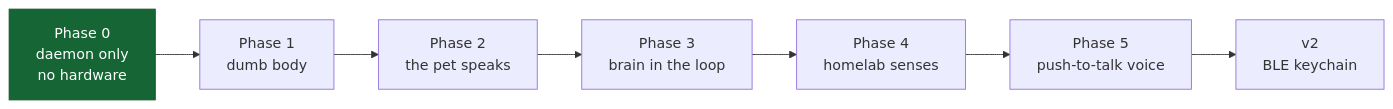
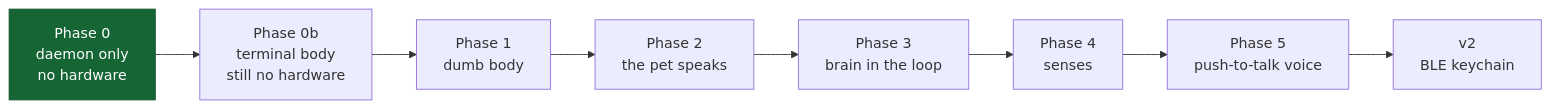
One commit to jcarranz97/open-body-protocol changed the diagram in docs/roadmap.md. Above: the diagram before and after it, drawn with Mermaid. The commit also changed other lines of this file and 17 other files, not shown here.

````diff
--- a/docs/roadmap.md
+++ b/docs/roadmap.md
@@ -10,17 +10,18 @@
 ```mermaid
 flowchart LR
     P0["Phase 0<br/>daemon only<br/>no hardware"]
+    P0B["Phase 0b<br/>terminal body<br/>still no hardware"]
     P1["Phase 1<br/>dumb body"]
     P2["Phase 2<br/>the pet speaks"]
     P3["Phase 3<br/>brain in the loop"]
-    P4["Phase 4<br/>homelab senses"]
+    P4["Phase 4<br/>senses"]
     P5["Phase 5<br/>push-to-talk voice"]
     V2["v2<br/>BLE keychain"]
 
-    P0 --> P1 --> P2 --> P3 --> P4 --> P5 --> V2
+    P0 --> P0B --> P1 --> P2 --> P3 --> P4 --> P5 --> V2
 
     classDef now fill:#4f46e5,stroke:#3730a3,color:#fff
     classDef risk fill:#166534,stroke:#14532d,color:#fff
     class P0 now
     class P0 risk
 ```
````
